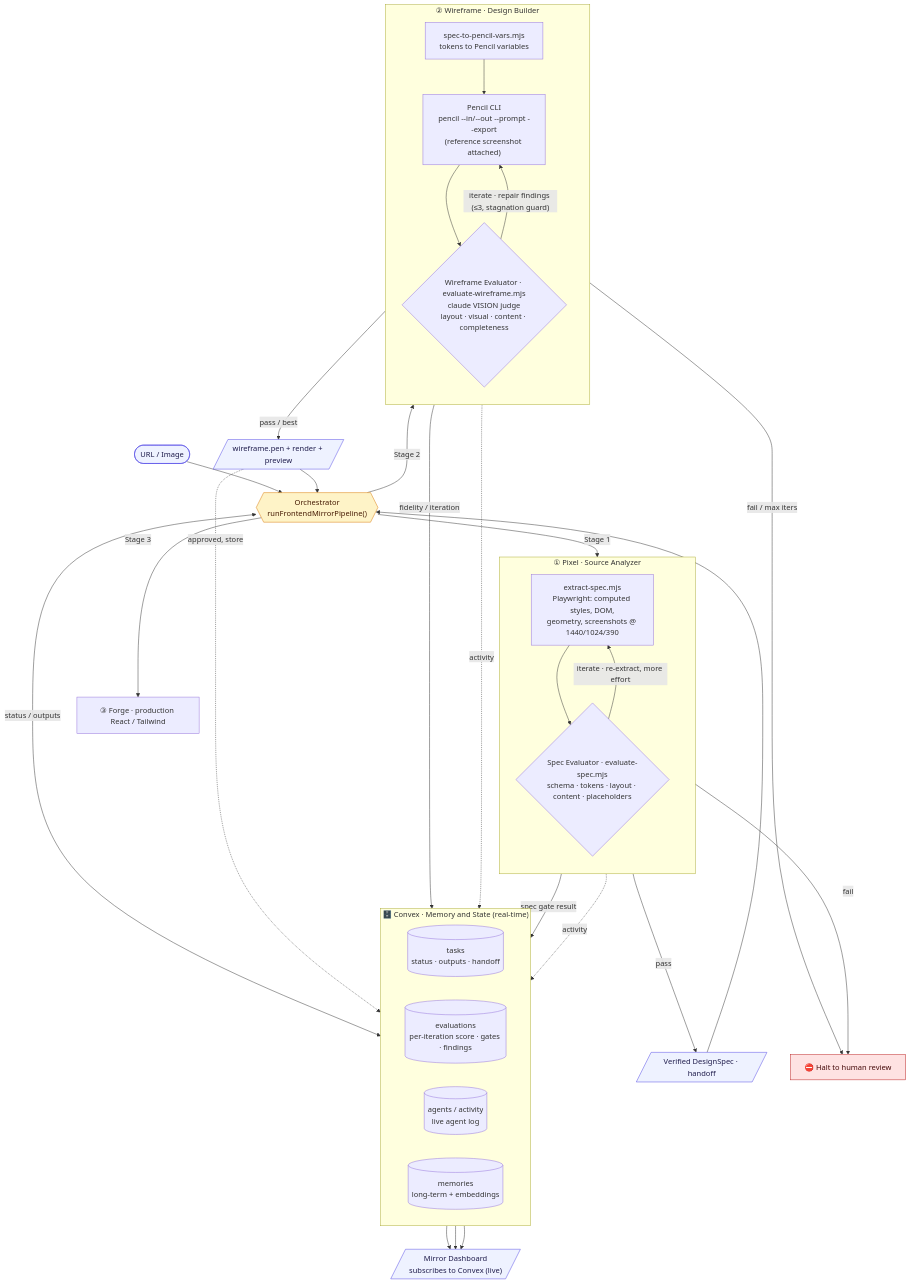
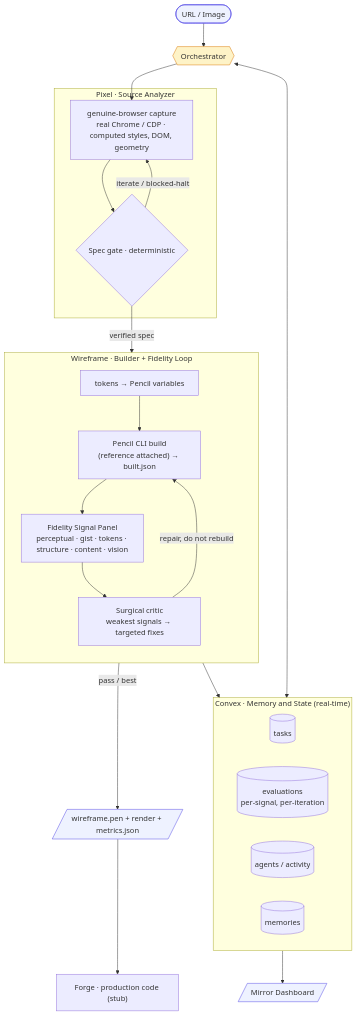
One commit to 0xtigerclaw/war_loops changed the diagram in README.md. Above: the diagram before and after it, drawn with Mermaid. The commit also changed other lines of this file and 19 other files, not shown here.

First line of the commit message:
Upgrade to the multi-signal fidelity system

````diff
--- a/README.md
+++ b/README.md
@@ -12,64 +13,45 @@
 ```mermaid
 flowchart TB
     SRC(["URL / Image"]):::io
-    ORCH{{"Orchestrator<br/>runFrontendMirrorPipeline()"}}:::orch
+    ORCH{{"Orchestrator"}}:::orch
 
-    subgraph S1["① Pixel · Source Analyzer"]
-      direction TB
-      EX["extract-spec.mjs<br/>Playwright: computed styles, DOM,<br/>geometry, screenshots @ 1440/1024/390"]
-      SE{"Spec Evaluator · evaluate-spec.mjs<br/>schema · tokens · layout · content · placeholders"}
+    subgraph S1["Pixel · Source Analyzer"]
+      EX["genuine-browser capture<br/>real Chrome / CDP · computed styles, DOM, geometry"]
+      SE{"Spec gate · deterministic"}
       EX --> SE
-      SE -->|"iterate · re-extract, more effort"| EX
+      SE -->|"iterate / blocked-halt"| EX
     end
 
-    subgraph S2["② Wireframe · Design Builder"]
+    subgraph S2["Wireframe · Builder + Fidelity Loop"]
       direction TB
-      VARS["spec-to-pencil-vars.mjs<br/>tokens to Pencil variables"]
-      BUILD["Pencil CLI<br/>pencil --in/--out --prompt --export<br/>(reference screenshot attached)"]
-      WE{"Wireframe Evaluator · evaluate-wireframe.mjs<br/>claude VISION judge<br/>layout · visual · content · completeness"}
-      VARS --> BUILD --> WE
-      WE -->|"iterate · repair findings (≤3, stagnation guard)"| BUILD
+      VARS["tokens → Pencil variables"]
+      BUILD["Pencil CLI build<br/>(reference attached) → built.json"]
+      PANEL["Fidelity Signal Panel<br/>perceptual · gist · tokens · structure · content · vision"]
+      CRITIC["Surgical critic<br/>weakest signals → targeted fixes"]
+      VARS --> BUILD --> PANEL --> CRITIC
+      CRITIC -->|"repair, do not rebuild"| BUILD
     end
 
-    FORGE["③ Forge · production React / Tailwind"]
-    HAND[/"Verified DesignSpec · handoff"/]:::io
-    OUT[/"wireframe.pen + render + preview"/]:::io
-    REV["⛔ Halt to human review"]:::warn
+    FORGE["Forge · production code (stub)"]
+    OUT[/"wireframe.pen + render + metrics.json"/]:::io
 
-    subgraph CVX["🗄️ Convex · Memory and State (real-time)"]
+    SRC --> ORCH
+    ORCH --> EX
+    SE -->|"verified spec"| VARS
+    PANEL -->|"pass / best"| OUT
+    OUT --> FORGE
+
+    subgraph CVX["Convex · Memory and State (real-time)"]
       direction LR
-      T[("tasks<br/>status · outputs · handoff")]
-      EV[("evaluations<br/>per-iteration score · gates · findings")]
-      AC[("agents / activity<br/>live agent log")]
-      MEM[("memories<br/>long-term + embeddings")]
+      T[("tasks")]
+      EV[("evaluations<br/>per-signal, per-iteration")]
+      AC[("agents / activity")]
+      MEM[("memories")]
     end
+    ORCH <--> T
+    PANEL --> EV
+    EV --> UI[/"Mirror Dashboard"/]:::io
 
-    UI[/"Mirror Dashboard<br/>subscribes to Convex (live)"/]:::io
-
-    %% --- pipeline flow ---
-    SRC --> ORCH
-    ORCH -->|"Stage 1"| EX
-    SE -->|"pass"| HAND
-    SE -->|"fail"| REV
-    HAND --> ORCH
-    ORCH -->|"Stage 2"| VARS
-    WE -->|"pass / best"| OUT
-    WE -->|"fail / max iters"| REV
-    OUT --> ORCH
-    ORCH -->|"Stage 3"| FORGE
-
-    %% --- memory and state (Convex) ---
-    ORCH <-->|"status / outputs"| T
-    SE -->|"spec gate result"| EV
-    WE -->|"fidelity / iteration"| EV
-    S1 -.->|"activity"| AC
-    S2 -.->|"activity"| AC
-    OUT -.->|"approved, store"| MEM
-    T --> UI
-    EV --> UI
-    AC --> UI
-
-    classDef io fill:#eef2ff,stroke:#4f46e5,color:#1e1b4b;
-    classDef orch fill:#fef3c7,stroke:#d97706,color:#451a03;
-    classDef warn fill:#fee2e2,stroke:#b91c1c,color:#450a0a;
+    classDef io fill:#eef2ff,stroke:#4f46e5;
+    classDef orch fill:#fef3c7,stroke:#d97706;
 ```
````
